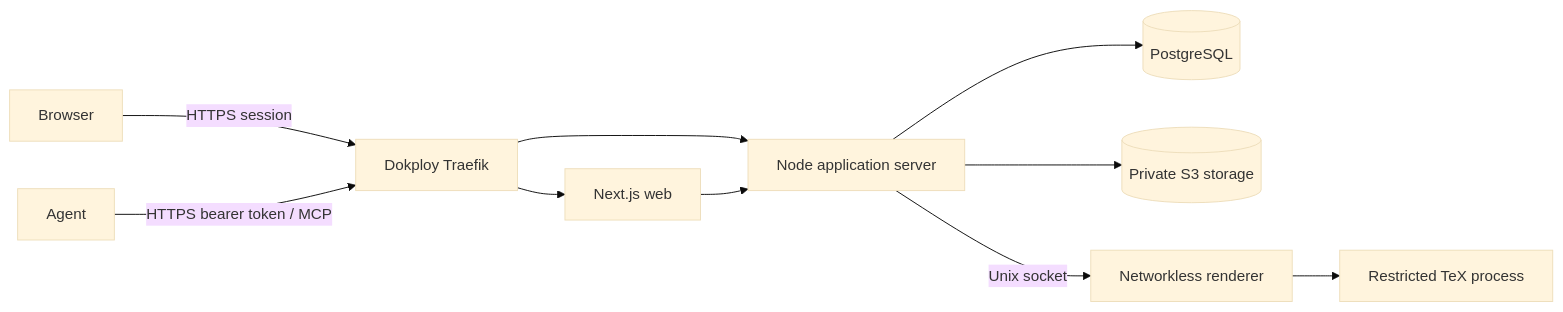
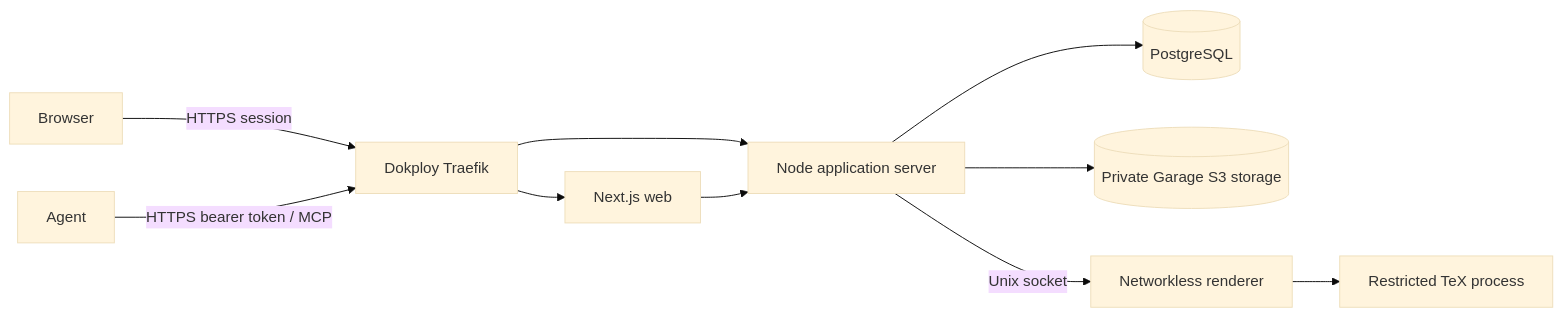
The first of 2 diagrams in docs/architecture/mvp.md (hypersimple-ch/hypergendoc), drawn with Mermaid (base theme) before and after one commit. The commit also changed other lines of this file and 20 other files, not shown here.

Commit message:
feat: replace MinIO with Garage object storage

````diff
--- a/docs/architecture/mvp.md
+++ b/docs/architecture/mvp.md
@@ -11,12 +11,12 @@
 ```mermaid
 flowchart LR
   Browser -->|HTTPS session| Traefik[Dokploy Traefik]
   Agent -->|HTTPS bearer token / MCP| Traefik
   Traefik --> Web[Next.js web]
   Traefik --> Server[Node application server]
   Web --> Server
   Server --> Postgres[(PostgreSQL)]
-  Server --> Objects[(Private S3 storage)]
+  Server --> Objects[(Private Garage S3 storage)]
   Server -->|Unix socket| Renderer[Networkless renderer]
   Renderer --> TeX[Restricted TeX process]
 ```
````
